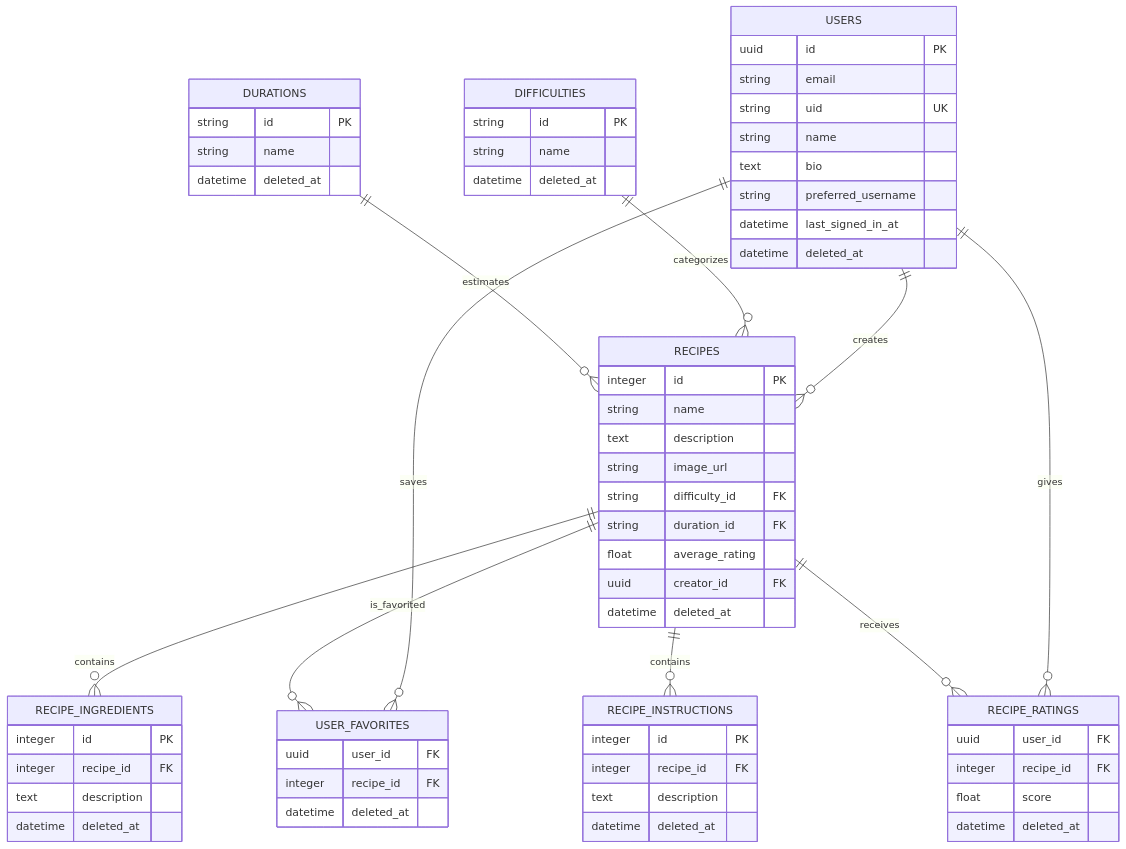
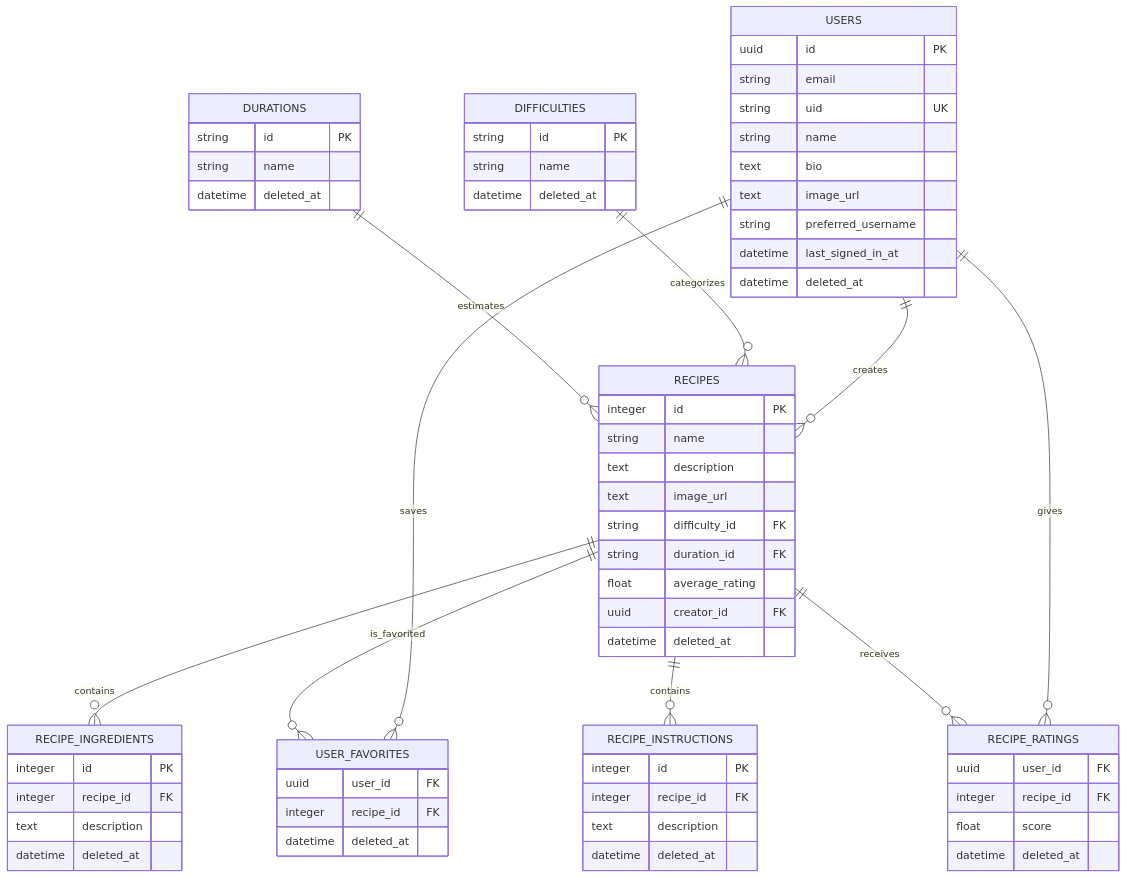
One commit to Nutthavara/pea-wongnok-2026 changed the diagram in api/docs/ARCHITECTURE.md. Above: the diagram before and after it, drawn with Mermaid. The commit also changed other lines of this file and 9 other files, not shown here.

Commit message:
fix: missing image url

````diff
--- a/api/docs/ARCHITECTURE.md
+++ b/api/docs/ARCHITECTURE.md
@@ -16,67 +16,68 @@
 ```mermaid
 erDiagram
     USERS ||--o{ RECIPES : creates
     DIFFICULTIES ||--o{ RECIPES : categorizes
     DURATIONS ||--o{ RECIPES : estimates
     RECIPES ||--o{ RECIPE_INGREDIENTS : contains
     RECIPES ||--o{ RECIPE_INSTRUCTIONS : contains
     USERS ||--o{ USER_FAVORITES : saves
     RECIPES ||--o{ USER_FAVORITES : is_favorited
     USERS ||--o{ RECIPE_RATINGS : gives
     RECIPES ||--o{ RECIPE_RATINGS : receives
 
     USERS {
         uuid id PK
         string email
         string uid UK
         string name
         text bio
+        text image_url
         string preferred_username
         datetime last_signed_in_at
         datetime deleted_at
     }
     DIFFICULTIES {
         string id PK
         string name
         datetime deleted_at
     }
     DURATIONS {
         string id PK
         string name
         datetime deleted_at
     }
     RECIPES {
         integer id PK
         string name
         text description
-        string image_url
+        text image_url
         string difficulty_id FK
         string duration_id FK
         float average_rating
         uuid creator_id FK
         datetime deleted_at
     }
     RECIPE_INGREDIENTS {
         integer id PK
         integer recipe_id FK
         text description
         datetime deleted_at
     }
     RECIPE_INSTRUCTIONS {
         integer id PK
         integer recipe_id FK
         text description
         datetime deleted_at
     }
     USER_FAVORITES {
         uuid user_id FK
         integer recipe_id FK
         datetime deleted_at
     }
     RECIPE_RATINGS {
         uuid user_id FK
         integer recipe_id FK
         float score
         datetime deleted_at
     }
 ```
````
